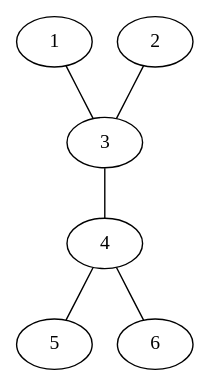
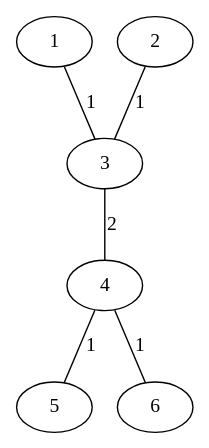
Before and after one commit to anotherhelloworld/graphvlad: the diagram in report/min_graph.dot, drawn with Graphviz. The commit also changed 3 other files, not shown here.

```diff
--- a/report/min_graph.dot
+++ b/report/min_graph.dot
@@ -1,7 +1,7 @@
 graph min_graph {
-    1 -- 3 [w = 1];
-    2 -- 3 [w = 1];
-    3 -- 4 [w = 8];
-    4 -- 5 [w = 1];
-    4 -- 6 [w = 1];
+    1 -- 3 [label = "1"];
+    2 -- 3 [label = "1"];
+    3 -- 4 [label = "2"];
+    4 -- 5 [label = "1"];
+    4 -- 6 [label = "1"];
 }
```
